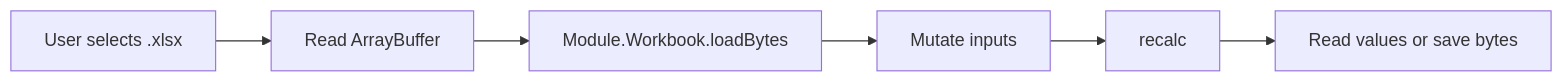
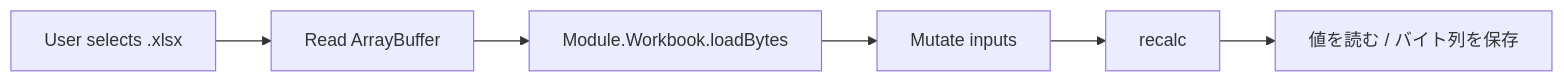
The diagram in src/ja/scenarios/browser-upload.md (libraz/formulon-homepage), drawn with Mermaid before and after one commit. The commit also changed other lines of this file and 49 other files, not shown here.

````diff
--- a/src/ja/scenarios/browser-upload.md
+++ b/src/ja/scenarios/browser-upload.md
@@ -15,8 +15,8 @@
 ```mermaid
 flowchart LR
   A[User selects .xlsx] --> B[Read ArrayBuffer]
   B --> C[Module.Workbook.loadBytes]
   C --> D[Mutate inputs]
   D --> E[recalc]
-  E --> F[Read values or save bytes]
+  E --> F[値を読む / バイト列を保存]
 ```
````
